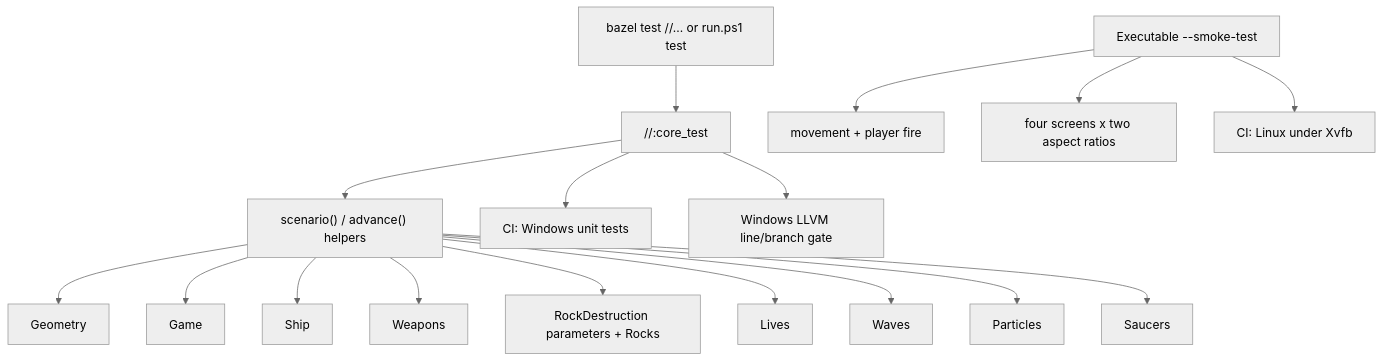
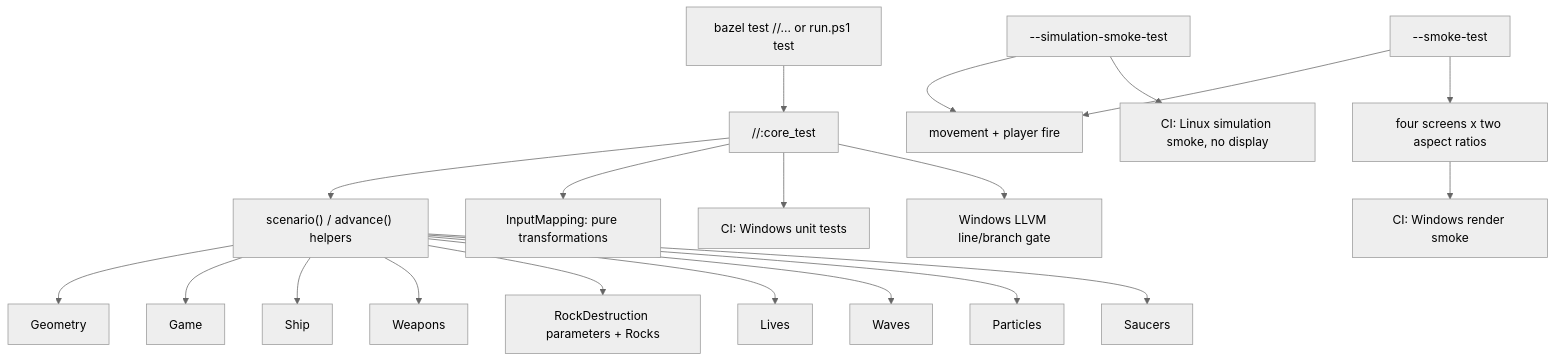
Before and after one commit to OMerkel/pebble_blaster: the tenth of 10 diagrams in doc/software_architecture.md, drawn with Mermaid (neutral theme). The commit also changed other lines of this file and 21 other files, not shown here.

````diff
--- a/doc/software_architecture.md
+++ b/doc/software_architecture.md
@@ -472,19 +578,22 @@
 ```mermaid
 flowchart TD
     BazelTest["bazel test //... or run.ps1 test"] --> CoreTarget["//:core_test"]
     CoreTarget --> Fixture["scenario() / advance() helpers"]
+    CoreTarget --> MappingTests["InputMapping: pure transformations"]
     Fixture --> Geometry["Geometry"]
     Fixture --> GameSuite["Game"]
     Fixture --> Ship["Ship"]
     Fixture --> Weapons["Weapons"]
     Fixture --> Rocks["RockDestruction parameters + Rocks"]
     Fixture --> Lives["Lives"]
     Fixture --> Waves["Waves"]
     Fixture --> Particles["Particles"]
     Fixture --> Saucers["Saucers"]
     CoreTarget --> Gate["CI: Windows unit tests"]
     CoreTarget --> Coverage["Windows LLVM line/branch gate"]
-    Smoke["Executable --smoke-test"] --> SimCheck["movement + player fire"]
-    Smoke --> RenderCheck["four screens x two aspect ratios"]
-    Smoke --> CI2["CI: Linux under Xvfb"]
+    SimulationSmoke["--simulation-smoke-test"] --> SimCheck["movement + player fire"]
+    RenderSmoke["--smoke-test"] --> SimCheck
+    RenderSmoke --> RenderCheck["four screens x two aspect ratios"]
+    RenderCheck --> CI2["CI: Windows render smoke"]
+    SimulationSmoke --> LinuxSmoke["CI: Linux simulation smoke, no display"]
 ```
````
